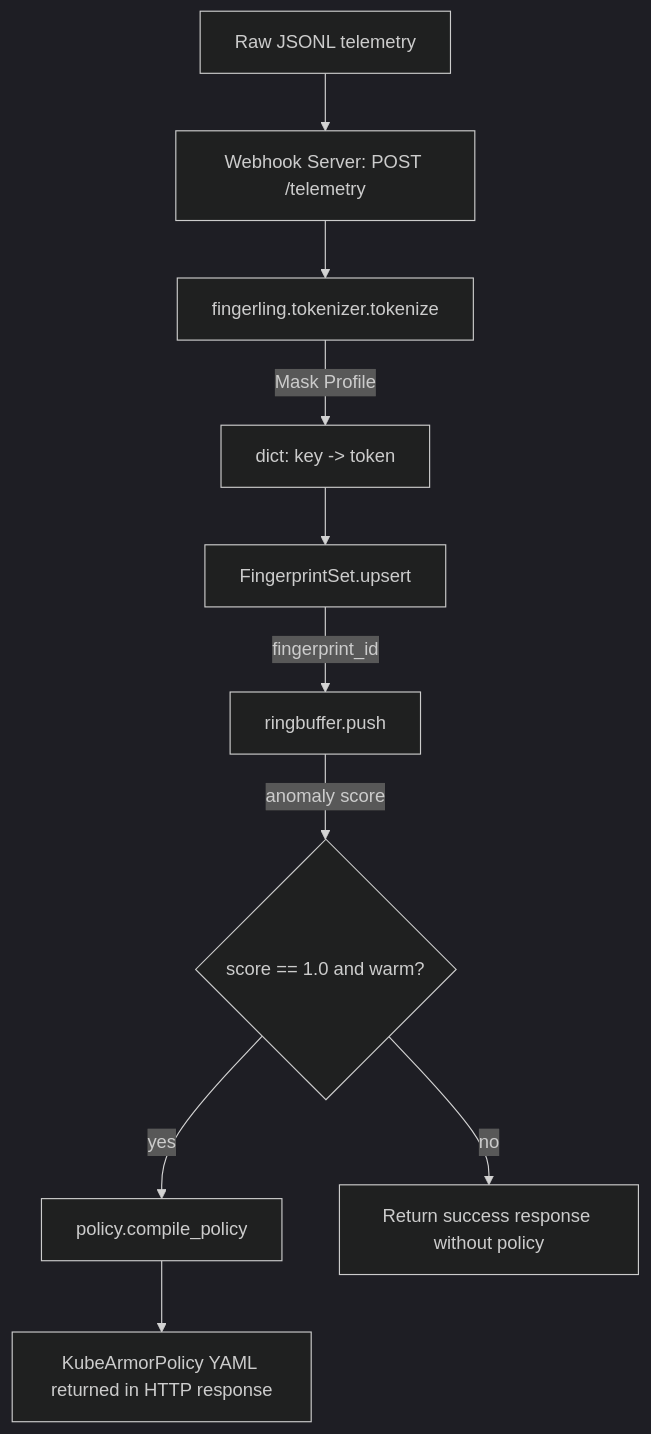
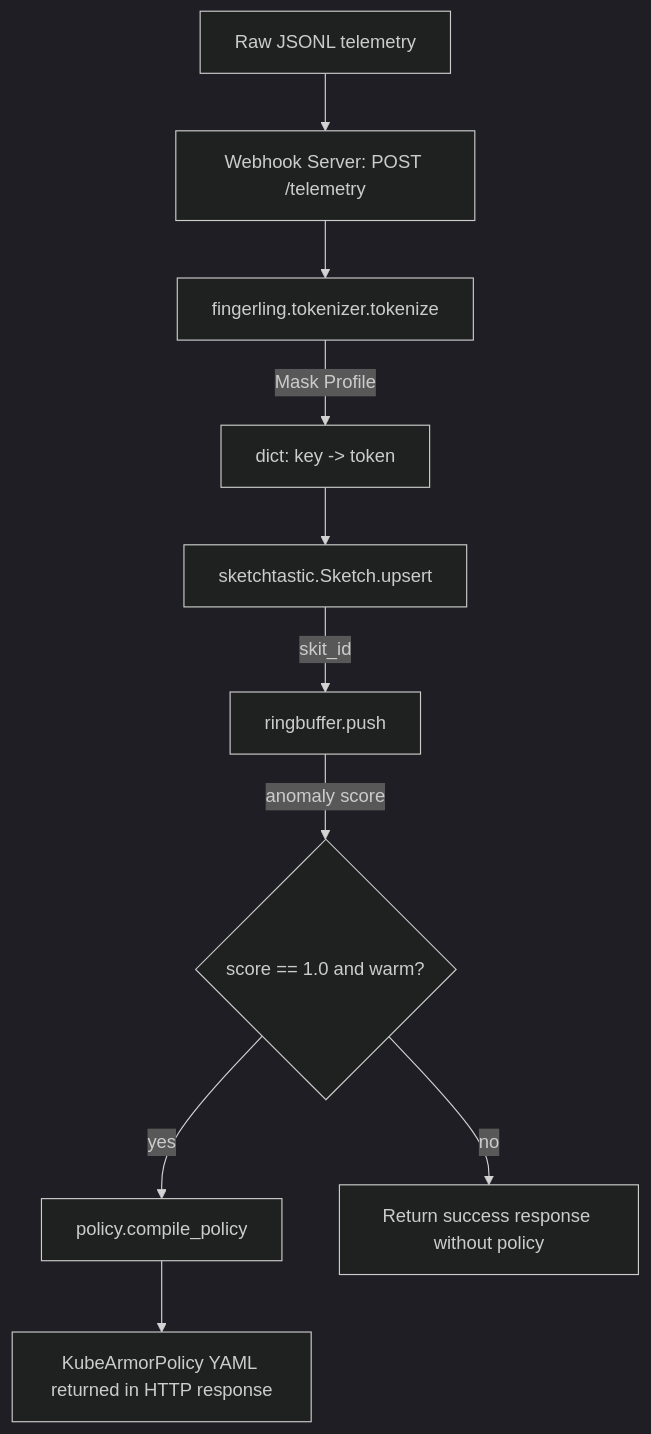
Before and after one commit to drusifer/fingerling: the diagram in docs/ARCH.md, drawn with Mermaid (dark theme). The commit also changed other lines of this file and 14 other files, not shown here.

First line of the commit message:
refactor: use sketchtastic in the parked code; docs point to sketch-tastic

````diff
--- a/docs/ARCH.md
+++ b/docs/ARCH.md
@@ -51,12 +41,12 @@
 ```mermaid
 flowchart TD
     A[Raw JSONL telemetry] --> B[Webhook Server: POST /telemetry]
     B --> C[fingerling.tokenizer.tokenize]
     C -- Mask Profile --> D[dict: key -> token]
-    D --> E[FingerprintSet.upsert]
-    E -- fingerprint_id --> F[ringbuffer.push]
+    D --> E[sketchtastic.Sketch.upsert]
+    E -- skit_id --> F[ringbuffer.push]
     F -- anomaly score --> G{score == 1.0 and warm?}
     G -- yes --> H[policy.compile_policy]
     H --> I[KubeArmorPolicy YAML returned in HTTP response]
     G -- no --> J[Return success response without policy]
 ```
````
